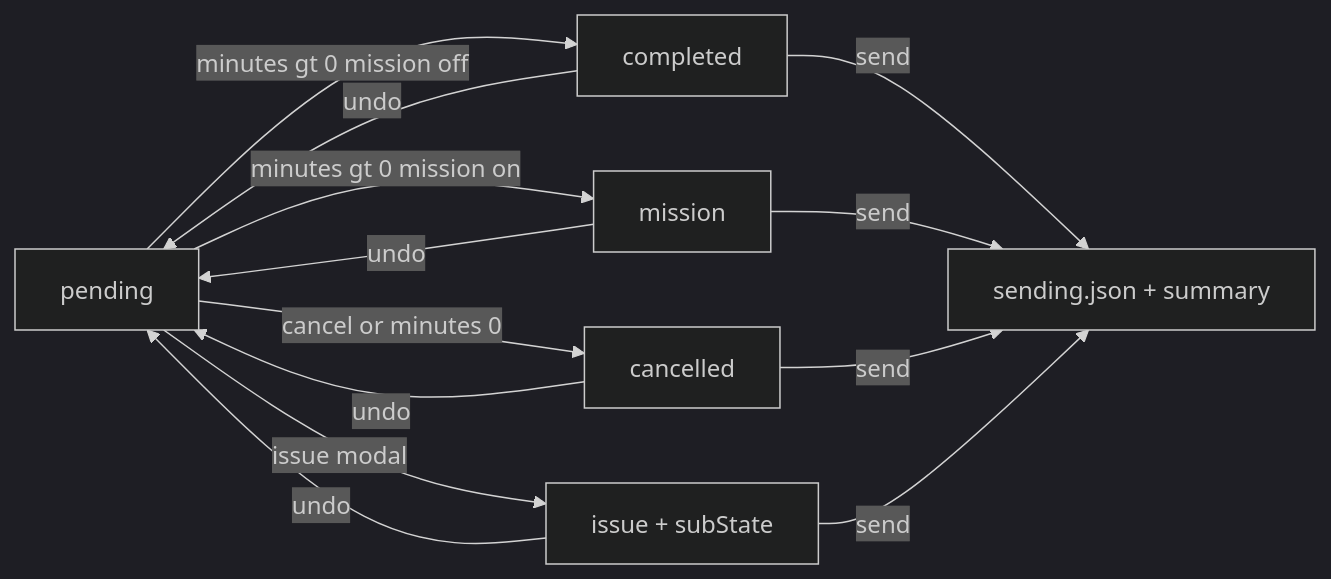
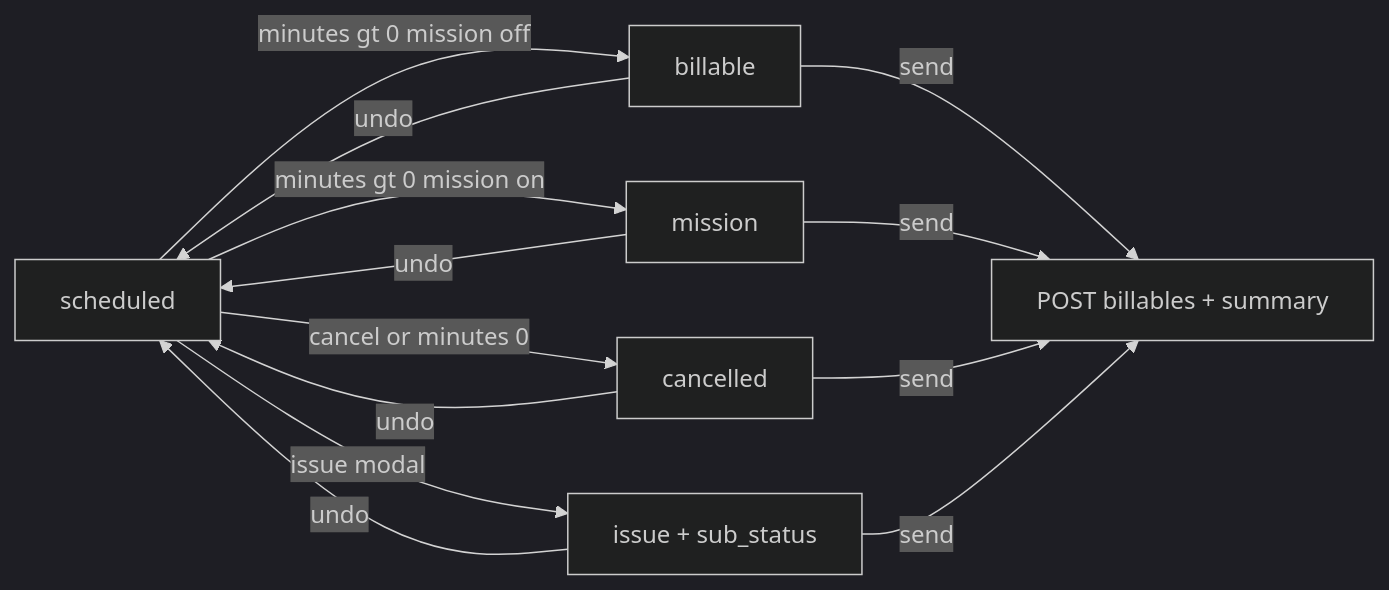
One commit to soumitsalman/medicafe-ui changed the diagram in AGENTS.md. Above: the diagram before and after it, drawn with Mermaid (dark theme). The commit also changed other lines of this file and 43 other files, not shown here.

````diff
--- a/AGENTS.md
+++ b/AGENTS.md
@@ -282,15 +324,15 @@
 ```mermaid
 flowchart LR
-  P[pending] -->|minutes gt 0 mission off| E[completed]
-  P -->|minutes gt 0 mission on| M[mission]
-  P -->|cancel or minutes 0| C[cancelled]
-  E -->|undo| P
-  M -->|undo| P
-  C -->|undo| P
-  P -->|issue modal| I[issue + subState]
-  I -->|undo| P
-  E -->|send| OUT[sending.json + summary]
+  S[scheduled] -->|minutes gt 0 mission off| B[billable]
+  S -->|minutes gt 0 mission on| M[mission]
+  S -->|cancel or minutes 0| C[cancelled]
+  B -->|undo| S
+  M -->|undo| S
+  C -->|undo| S
+  S -->|issue modal| I[issue + sub_status]
+  I -->|undo| S
+  B -->|send| OUT[POST billables + summary]
   M -->|send| OUT
   C -->|send| OUT
   I -->|send| OUT
 ```
````
